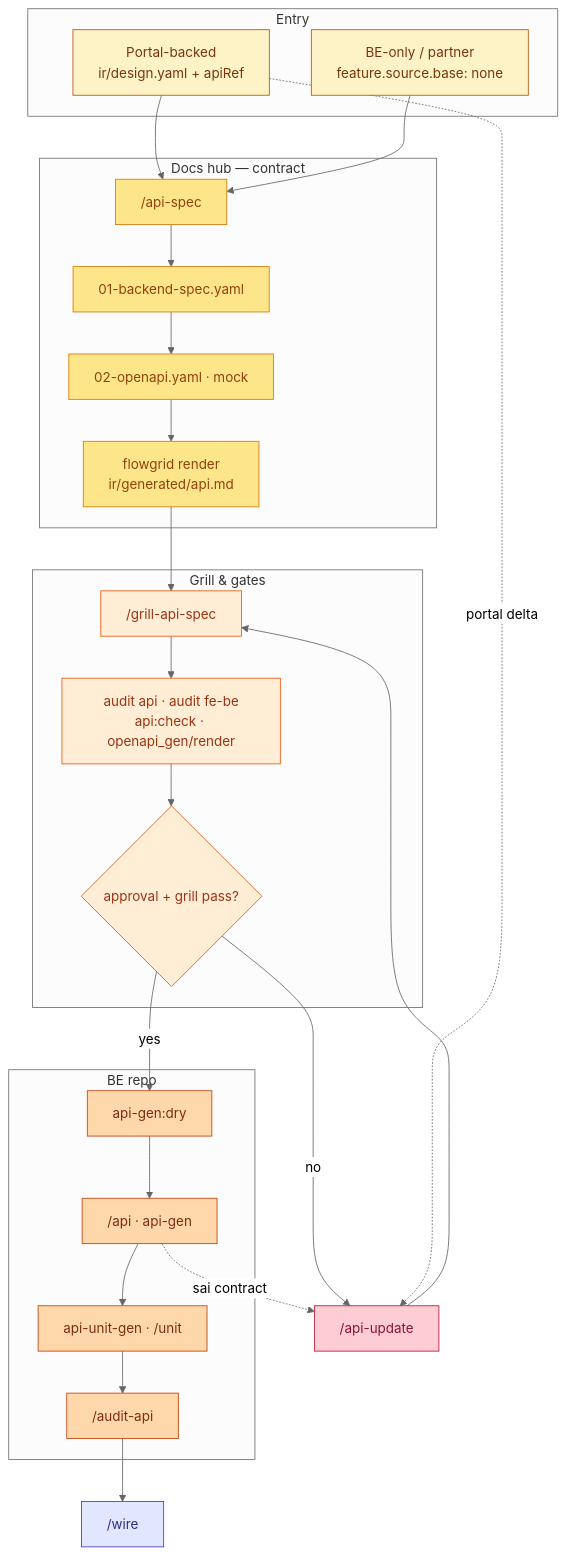
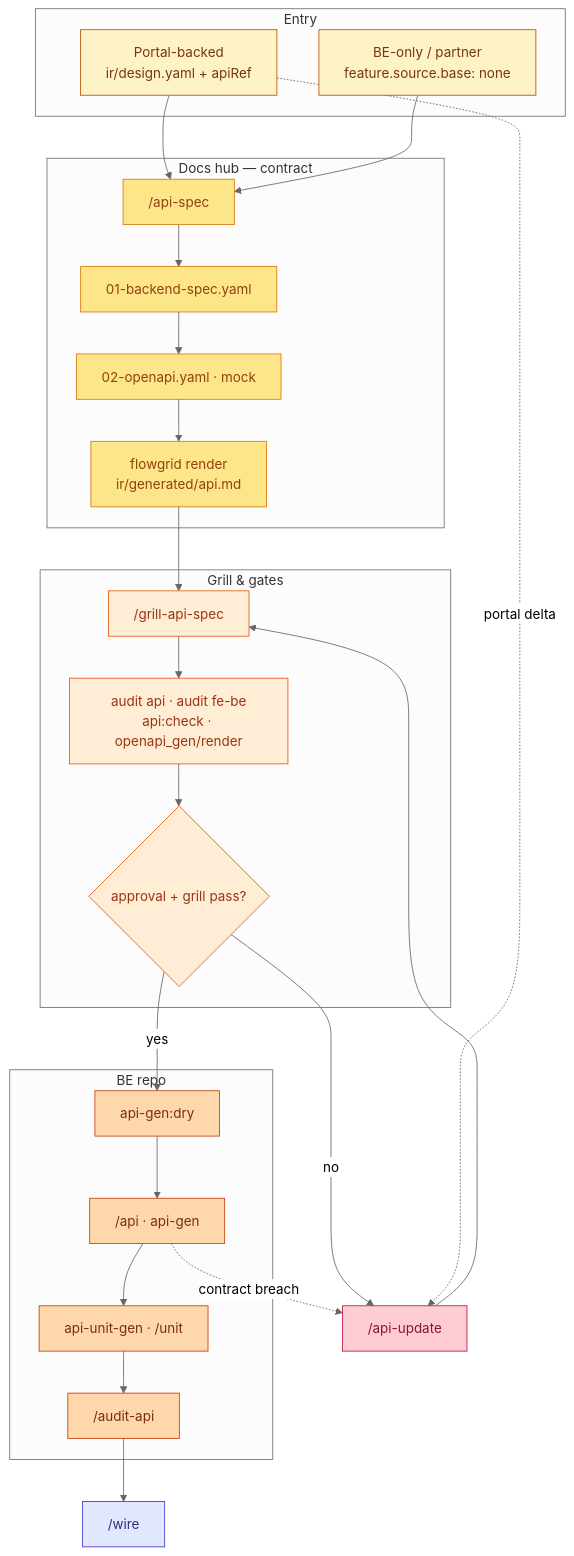
The first of 3 diagrams in workflows/backend.md (ShanYuCoder/flowgrid-docs), drawn with Mermaid (neutral theme) before and after one commit. The commit also changed other lines of this file and 348 other files, not shown here.

````diff
--- a/workflows/backend.md
+++ b/workflows/backend.md
@@ -15,52 +15,52 @@
 ```mermaid
 flowchart TD
   subgraph IN["Entry"]
     PORT["Portal-backed\nir/design.yaml + apiRef"]
     ONLY["BE-only / partner\nfeature.source.base: none"]
   end
 
   subgraph CONTRACT["Docs hub — contract"]
     AS["/api-spec"]
     O1["01-backend-spec.yaml"]
     O2["02-openapi.yaml · mock"]
     REN["flowgrid render\nir/generated/api.md"]
   end
 
   subgraph GRILL["Grill & gates"]
     GAS["/grill-api-spec"]
     AUD["audit api · audit fe-be\napi:check · openapi_gen/render"]
     APR{"approval + grill pass?"}
   end
 
   subgraph CODE["BE repo"]
     DRY["api-gen:dry"]
     GEN["/api · api-gen"]
     UNIT["api-unit-gen · /unit"]
     AUDIT["/audit-api"]
   end
 
   OUT["/wire"]
   US["/api-update"]
 
   PORT --> AS
   ONLY --> AS
   AS --> O1 --> O2 --> REN --> GAS --> AUD --> APR
   APR -->|no| US --> GAS
   APR -->|yes| DRY --> GEN --> UNIT --> AUDIT --> OUT
   PORT -.->|portal delta| US
-  GEN -.->|sai contract| US
+  GEN -.->|contract breach| US
 
   classDef entry fill:#FEF3C7,stroke:#B45309,color:#78350F
   classDef contract fill:#FDE68A,stroke:#D97706,color:#92400E
   classDef grill fill:#FFEDD5,stroke:#EA580C,color:#9A3412
   classDef code fill:#FED7AA,stroke:#C2410C,color:#7C2D12
   classDef gap fill:#FECDD3,stroke:#BE123C,color:#881337
   classDef out fill:#E0E7FF,stroke:#4338CA,color:#312E81
 
   class PORT,ONLY entry
   class AS,O1,O2,REN contract
   class GAS,AUD,APR grill
   class DRY,GEN,UNIT,AUDIT code
   class US gap
   class OUT out
 ```
````
